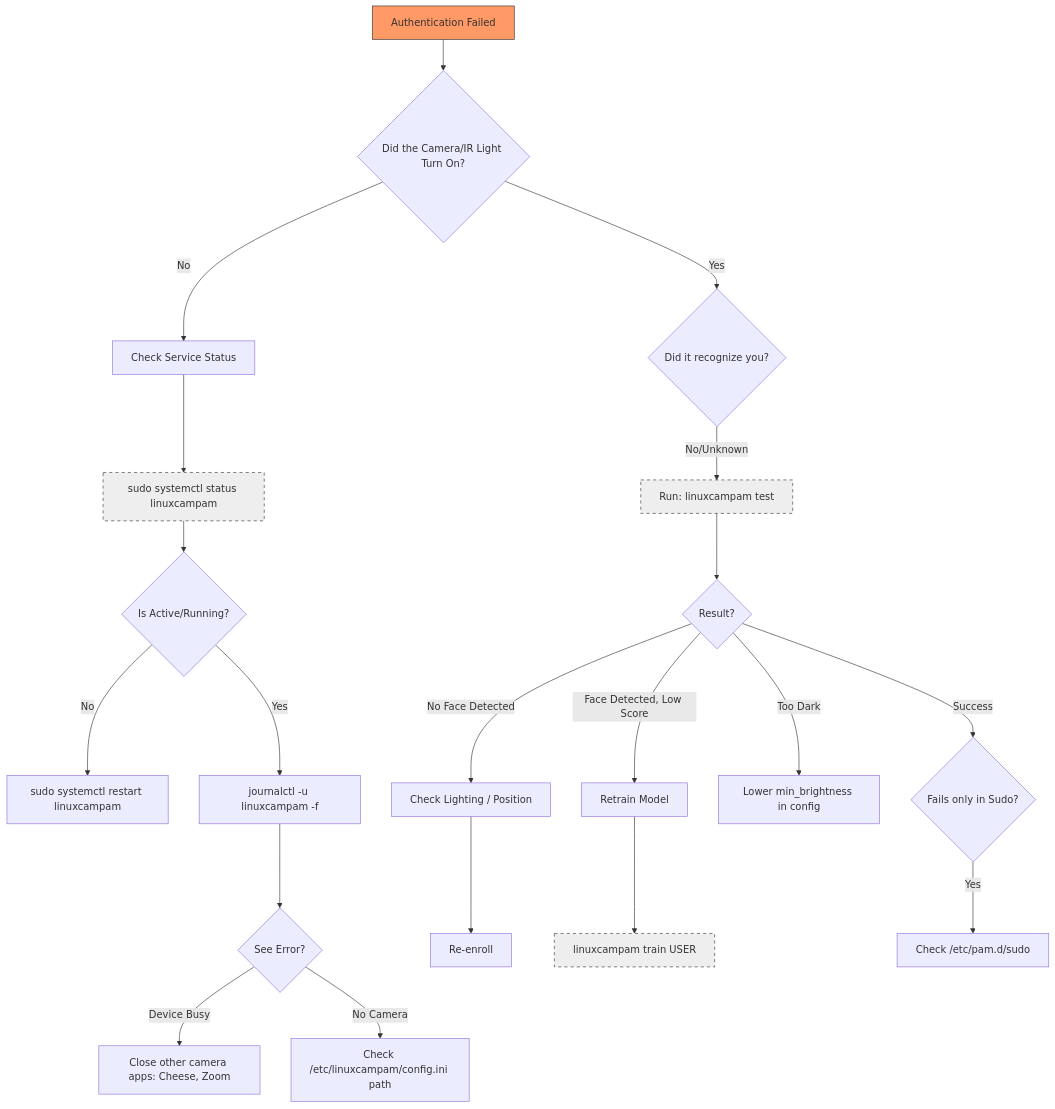
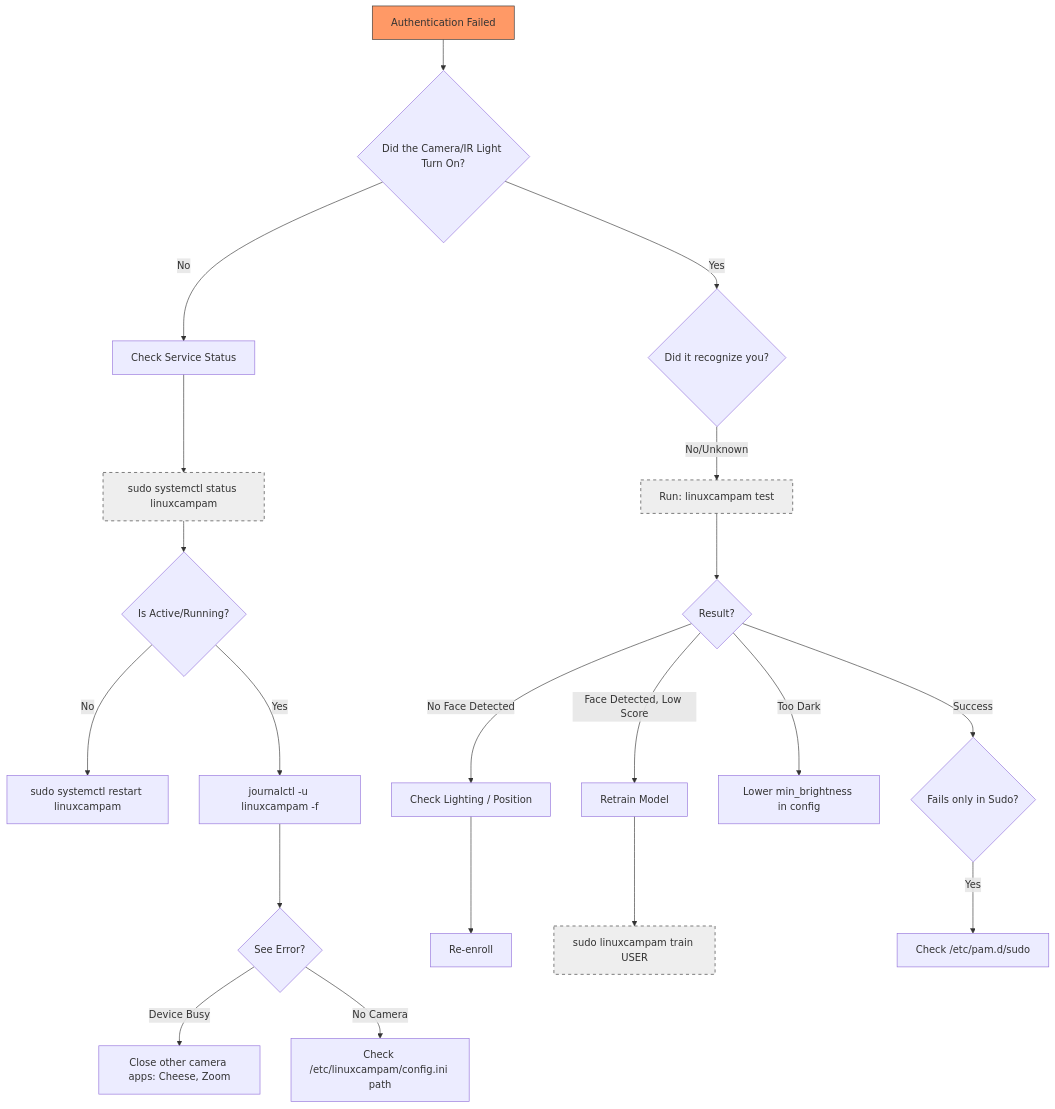
One commit to Vladush/LinuxCamPAM changed the first of 4 diagrams in docs/USER_FLOWS.md. Above: the diagram before and after it, drawn with Mermaid. The commit also changed other lines of this file and 4 other files, not shown here.

````diff
--- a/docs/USER_FLOWS.md
+++ b/docs/USER_FLOWS.md
@@ -9,33 +9,33 @@
 ```mermaid
 graph TD
     Start["Authentication Failed"] --> Q1{"Did the Camera/IR Light Turn On?"}
     
     Q1 -->|No| CheckService["Check Service Status"]
     CheckService --> Cmd1["sudo systemctl status linuxcampam"]
     Cmd1 --> Q2{"Is Active/Running?"}
     Q2 -->|No| Restart["sudo systemctl restart linuxcampam"]
     Q2 -->|Yes| CheckLog["journalctl -u linuxcampam -f"]
     CheckLog --> Err{"See Error?"}
     Err -->|Device Busy| CloseApp["Close other camera apps: Cheese, Zoom"]
     Err -->|No Camera| Config["Check /etc/linuxcampam/config.ini path"]
 
     Q1 -->|Yes| Q3{"Did it recognize you?"}
     Q3 -->|No/Unknown| TestCmd["Run: linuxcampam test"]
     TestCmd --> Result{"Result?"}
     
     Result -->|No Face Detected| Lighting["Check Lighting / Position"]
     Lighting --> EnrollAgain["Re-enroll"]
     
     Result -->|Face Detected, Low Score| Retrain["Retrain Model"]
-    Retrain --> CmdTrain["linuxcampam train USER"]
+    Retrain --> CmdTrain["sudo linuxcampam train USER"]
     
     Result -->|Too Dark| MinBright["Lower min_brightness in config"]
     
     Result -->|Success| PAM{"Fails only in Sudo?"}
     PAM -->|Yes| PAMConfig["Check /etc/pam.d/sudo"]
     
     style Start fill:#f96,stroke:#333
     style Cmd1 fill:#eee,stroke:#333,stroke-dasharray: 5 5
     style CmdTrain fill:#eee,stroke:#333,stroke-dasharray: 5 5
     style TestCmd fill:#eee,stroke:#333,stroke-dasharray: 5 5
 ```
````
